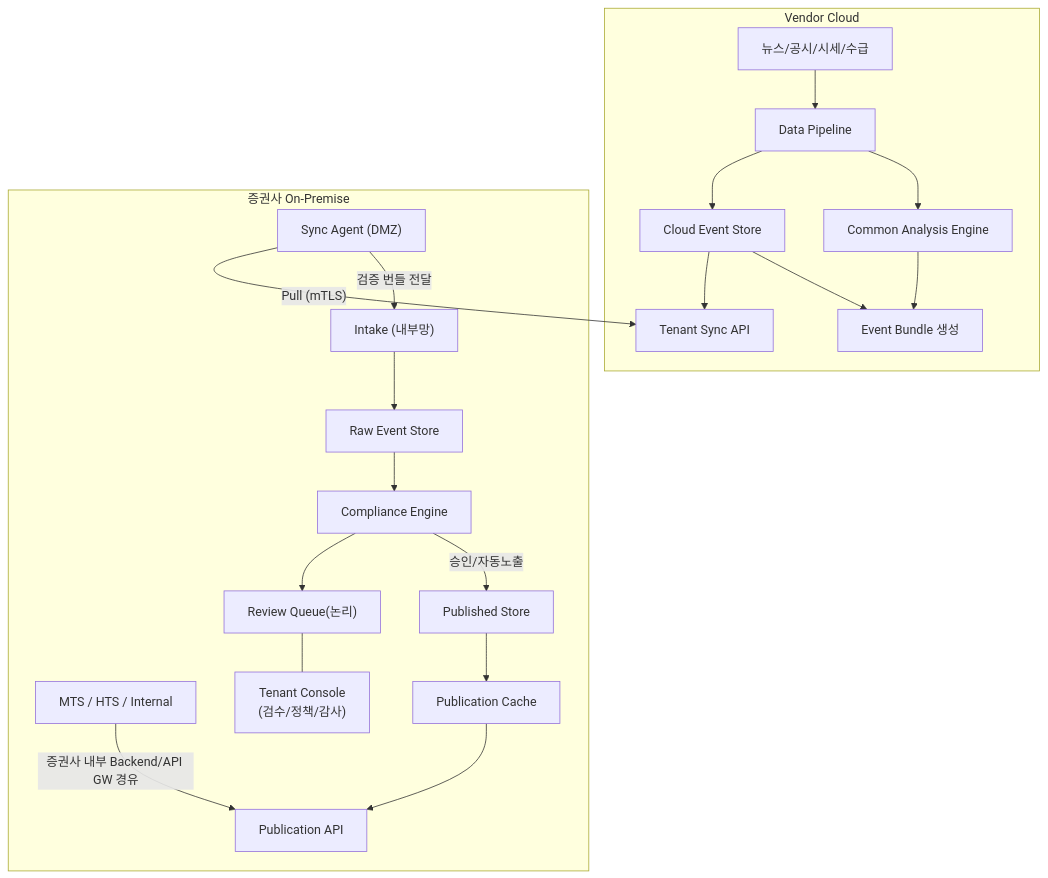
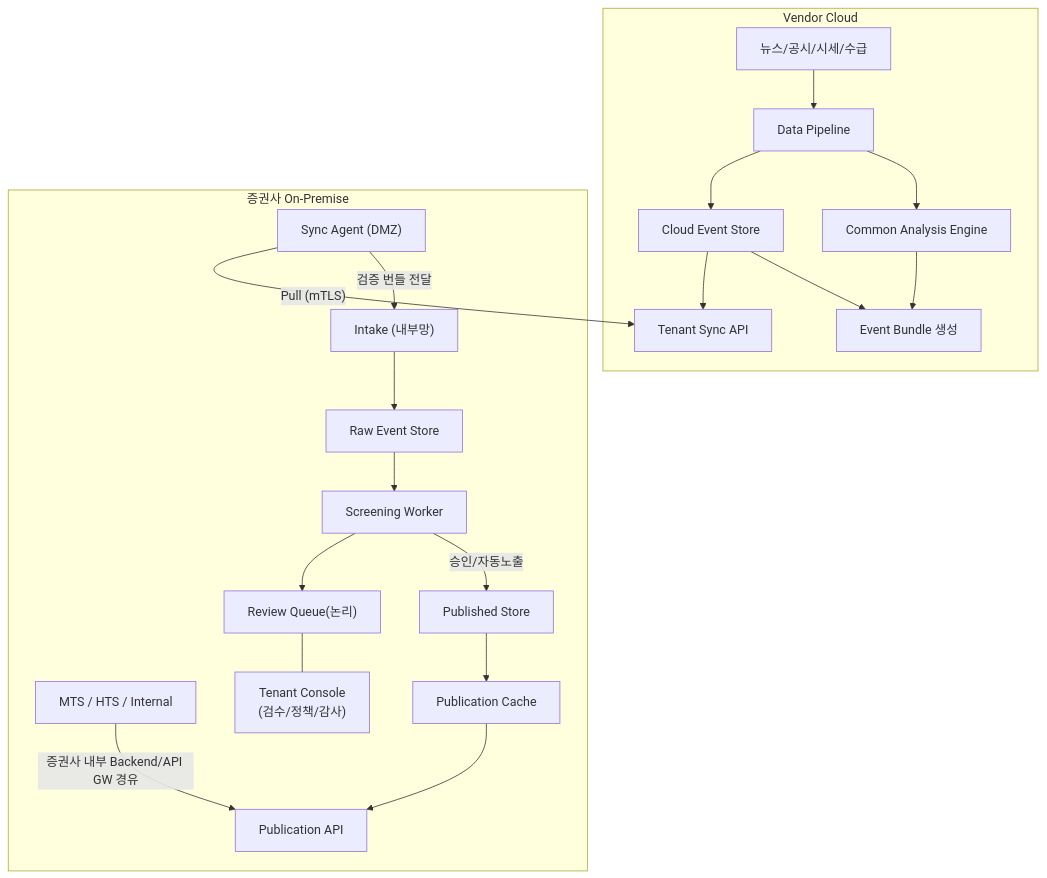
The diagram in docs/context.md (alphaeveryday/edge), drawn with Mermaid before and after one commit. The commit also changed other lines of this file and 9 other files, not shown here.

First line of the commit message:
docs(repo): 점검 모듈명 Compliance Engine→Screening Worker 정렬

````diff
--- a/docs/context.md
+++ b/docs/context.md
@@ -53,22 +53,22 @@
 ```mermaid
 flowchart TB
     subgraph cloud["Vendor Cloud"]
         SRC["뉴스/공시/시세/수급"] --> DP["Data Pipeline"]
         DP --> CAE["Common Analysis Engine"]
         DP --> CES["Cloud Event Store"]
         CAE --> EB["Event Bundle 생성"]
         CES --> EB
         CES --> TSA["Tenant Sync API"]
     end
     subgraph onprem["증권사 On-Premise"]
         MTS["MTS / HTS / Internal"] -->|증권사 내부 Backend/API GW 경유| SVA["Publication API"]
         PS["Published Store"] --> SC["Publication Cache"] --> SVA
         SA["Sync Agent (DMZ)"] -->|"검증 번들 전달"| IN["Intake (내부망)"]
         IN --> RES["Raw Event Store"]
-        RES --> CE["Compliance Engine"]
+        RES --> CE["Screening Worker"]
         CE -->|승인/자동노출| PS
         CE --> RQ["Review Queue(논리)"]
         RQ --- TC["Tenant Console<br/>(검수/정책/감사)"]
     end
     SA -->|"Pull (mTLS)"| TSA
 ```
````
